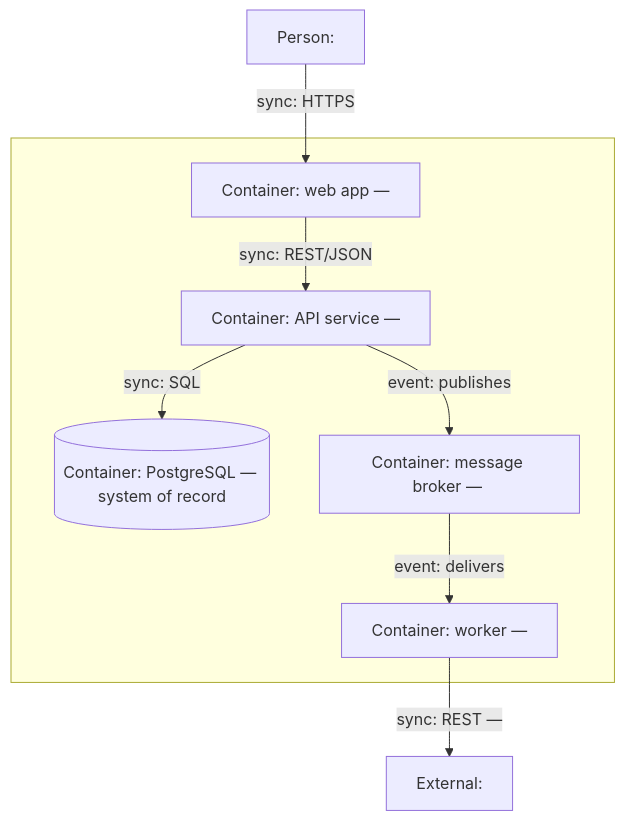
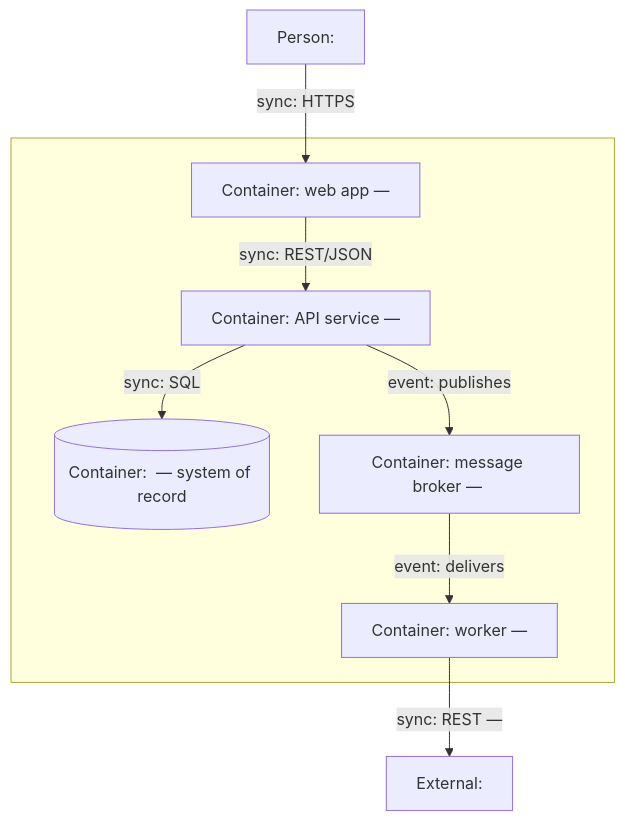
Before and after one commit to jr-jesse123/claude-tookit: the diagram in plugins/arch-docs/reference/templates/containers.md, drawn with Mermaid. The commit also changed 3 other files, not shown here.

````diff
--- a/plugins/arch-docs/reference/templates/containers.md
+++ b/plugins/arch-docs/reference/templates/containers.md
@@ -7,21 +7,21 @@
 ```mermaid
 flowchart TB
   user["Person: <primary role>"]
 
   subgraph sys["<System name>"]
     web["Container: web app — <responsibility>"]
     api["Container: API service — <responsibility>"]
-    db[("Container: PostgreSQL — system of record")]
+    db[("Container: <database technology> — system of record")]
     broker["Container: message broker — <topics/queues>"]
     worker["Container: worker — <responsibility>"]
   end
 
   ext["External: <dependency>"]
 
   user -->|"sync: HTTPS"| web
   web -->|"sync: REST/JSON"| api
   api -->|"sync: SQL"| db
   api -->|"event: publishes <topic>"| broker
   broker -->|"event: delivers <topic>"| worker
   worker -->|"sync: REST — <what for>"| ext
 ```
````
